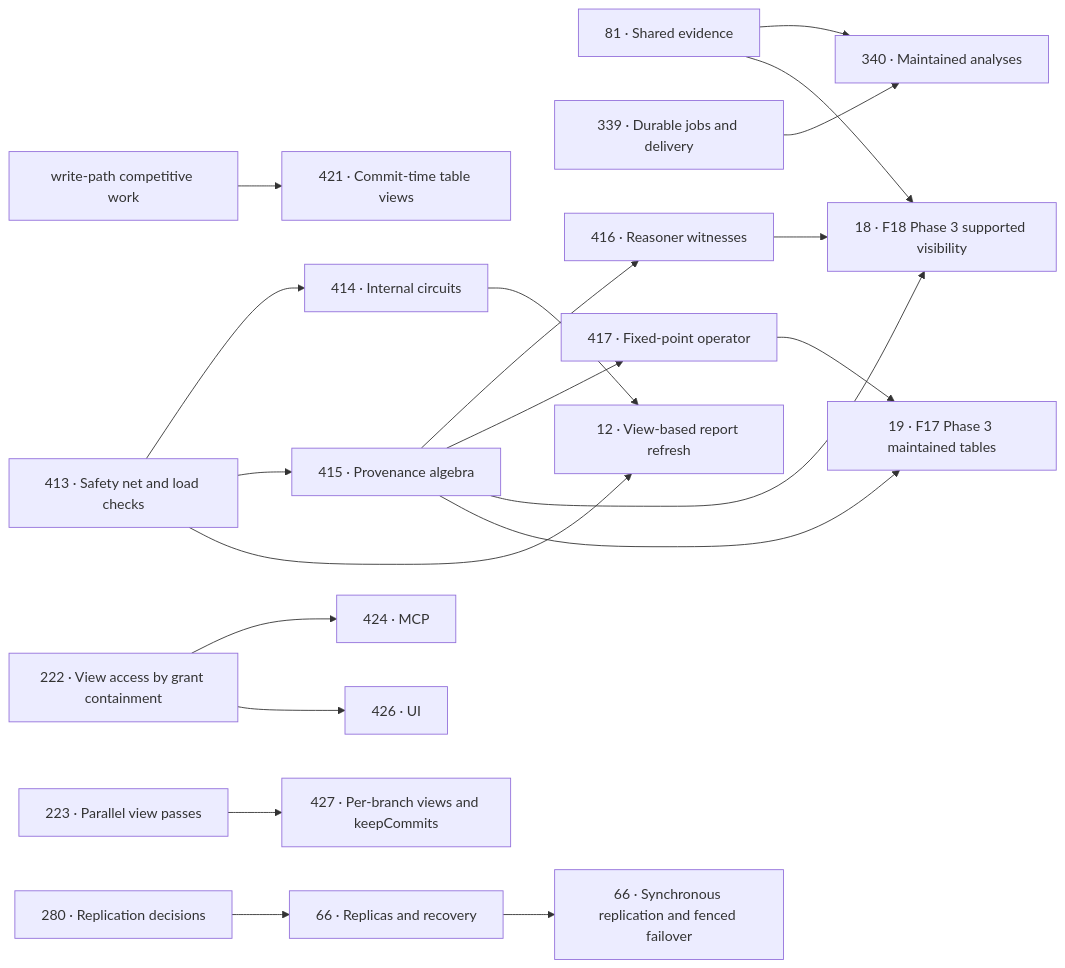
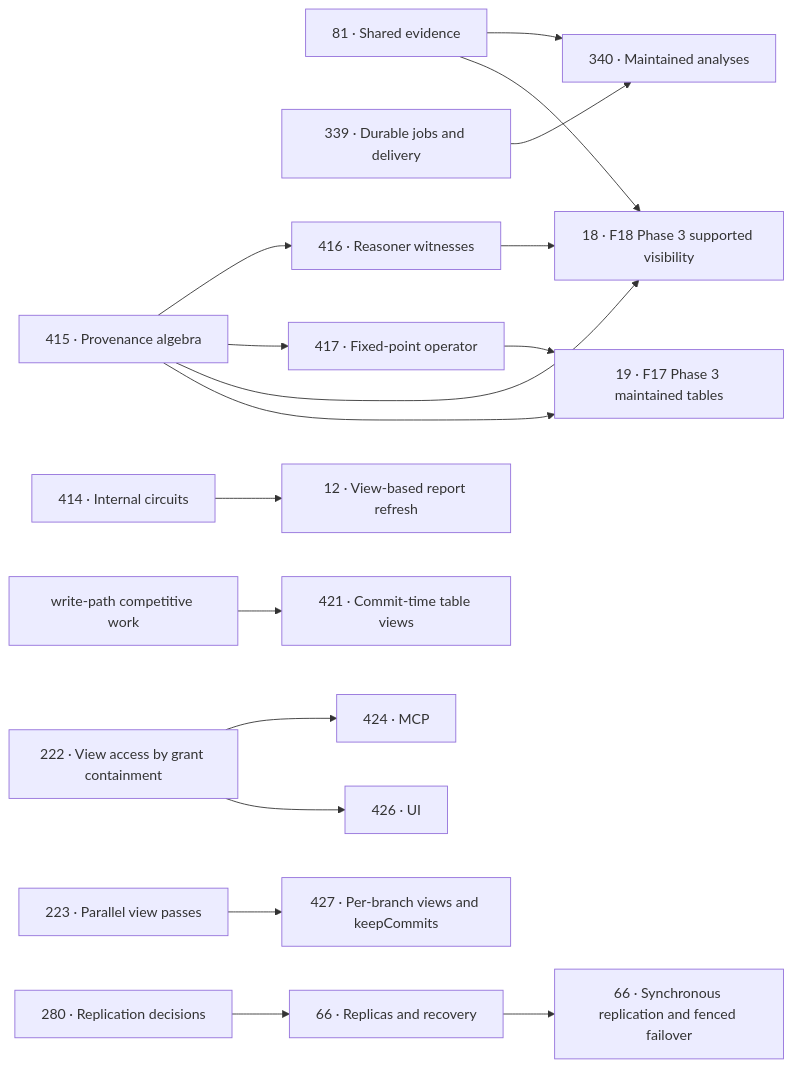
The diagram in docs/ROADMAP.md (kclejeune/sparkles), drawn with Mermaid before and after one commit. The commit also changed other lines of this file and 3 other files, not shown here.

````diff
--- a/docs/ROADMAP.md
+++ b/docs/ROADMAP.md
@@ -188,22 +187,19 @@
 ```mermaid
 flowchart LR
     E["81 · Shared evidence"] --> A["340 · Maintained analyses"]
     J["339 · Durable jobs and delivery"] --> A
-    L0["413 · Safety net and load checks"] --> L1["414 · Internal circuits"]
-    L0 --> L2["415 · Provenance algebra"]
-    L2 --> L3["416 · Reasoner witnesses"]
+    L2["415 · Provenance algebra"] --> L3["416 · Reasoner witnesses"]
     L2 --> L4["417 · Fixed-point operator"]
-    L0 --> R["12 · View-based report refresh"]
-    L1 --> R
+    L1["414 · Internal circuits"] --> R["12 · View-based report refresh"]
     L2 --> V["18 · F18 Phase 3 supported visibility"]
     L3 --> V
     E --> V
     L2 --> T["19 · F17 Phase 3 maintained tables"]
     L4 --> T
     W["write-path competitive work"] --> L8["421 · Commit-time table views"]
     P222["222 · View access by grant containment"] --> L11["424 · MCP"]
     P222 --> L13["426 · UI"]
     P223["223 · Parallel view passes"] --> L14["427 · Per-branch views and keepCommits"]
     B["280 · Replication decisions"] --> D["66 · Replicas and recovery"]
     D --> S["66 · Synchronous replication and fenced failover"]
 ```
````
